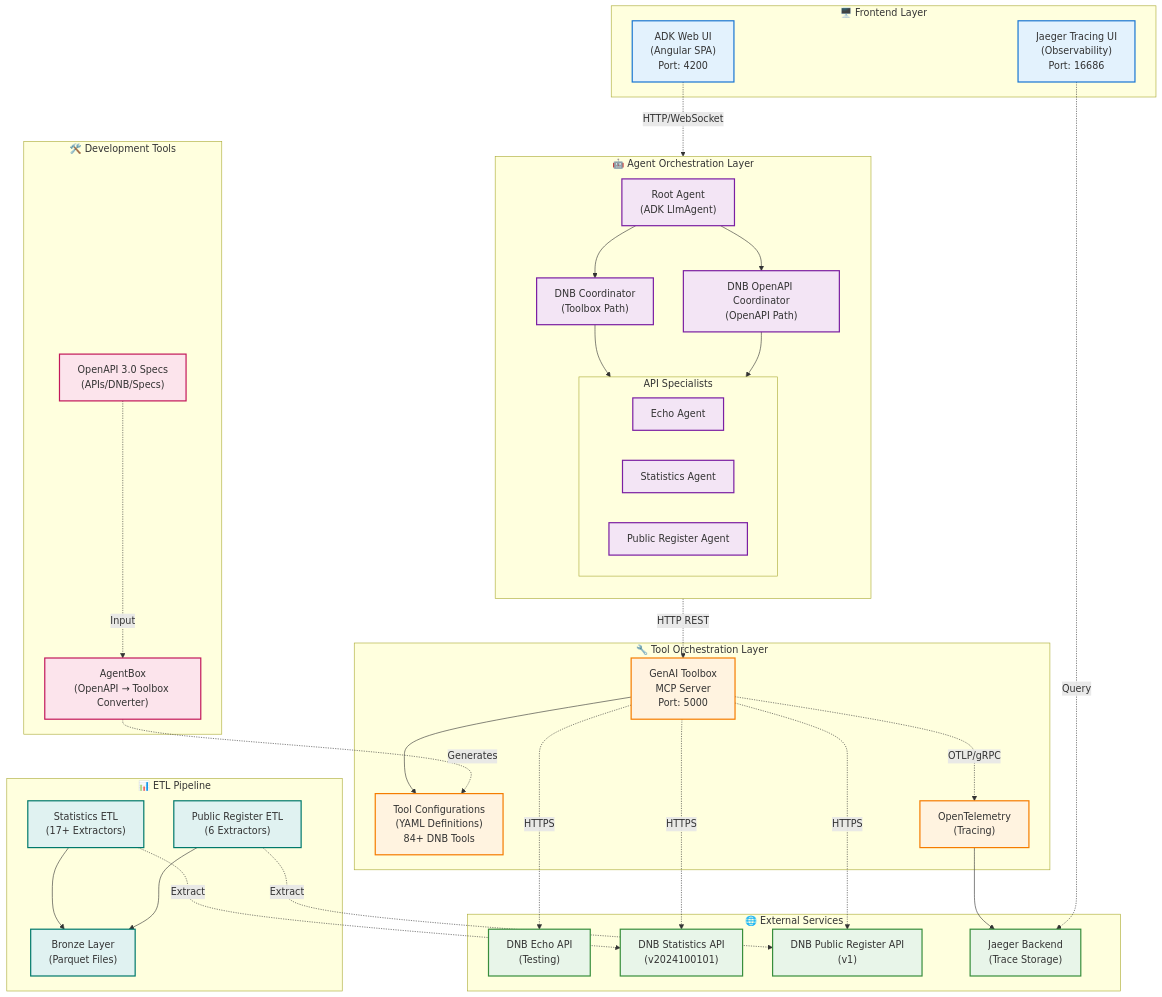
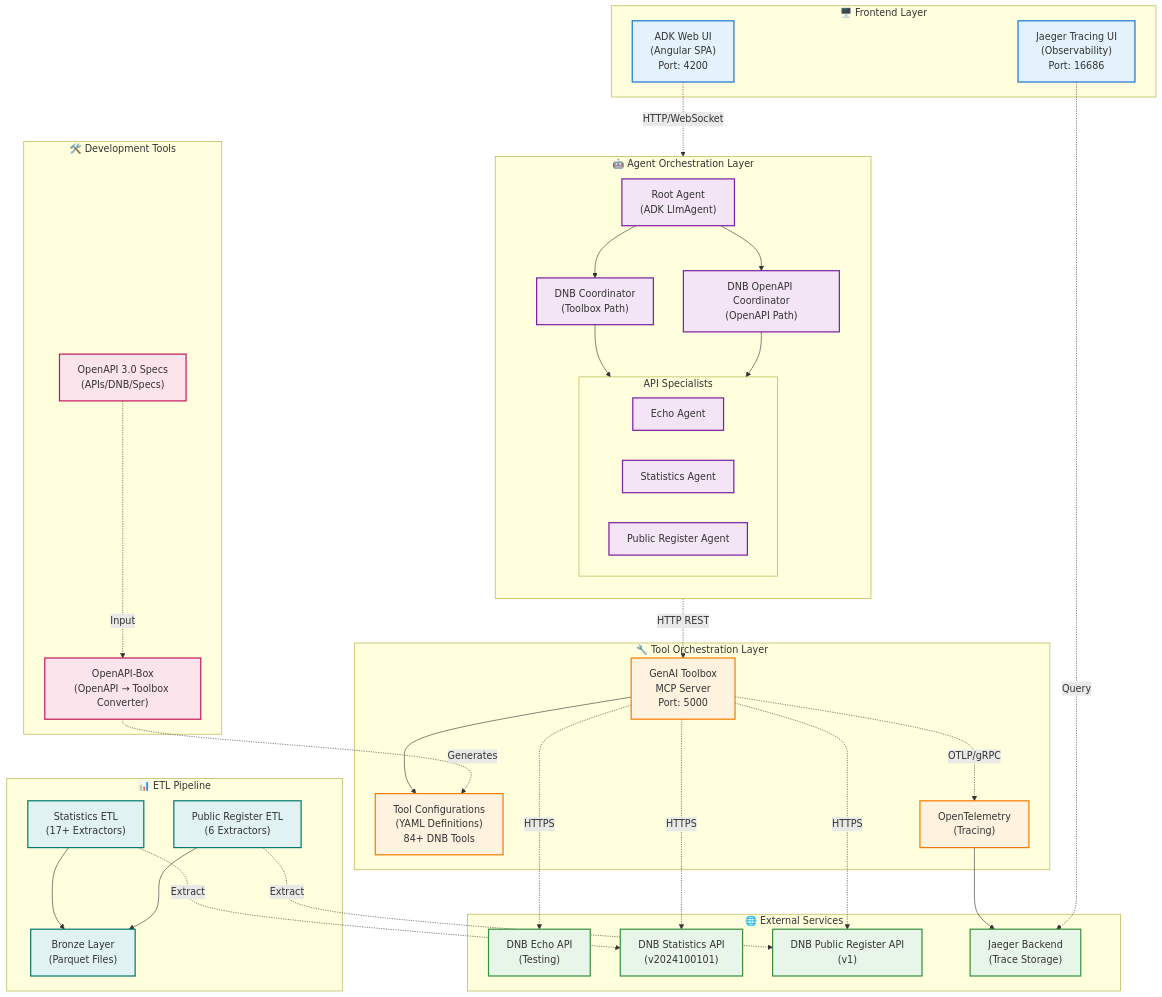
Before and after one commit to Px8Studio/adk-python: the first of 13 diagrams in backend/ARCHITECTURE_MERMAID.md, drawn with Mermaid. The commit also changed other lines of this file and 4 other files, not shown here.

Commit message:
feat: Update documentation for multi-agent system and OpenAPI conversion tools

````diff
--- a/backend/ARCHITECTURE_MERMAID.md
+++ b/backend/ARCHITECTURE_MERMAID.md
@@ -24,81 +24,81 @@
 ```mermaid
 graph TB
     subgraph Frontend["🖥️ Frontend Layer"]
         ADK_UI["ADK Web UI<br/>(Angular SPA)<br/>Port: 4200"]
         Jaeger_UI["Jaeger Tracing UI<br/>(Observability)<br/>Port: 16686"]
     end
 
     subgraph Agents["🤖 Agent Orchestration Layer"]
         direction TB
         Root["Root Agent<br/>(ADK LlmAgent)"]
         DNB_Coord["DNB Coordinator<br/>(Toolbox Path)"]
         DNB_OpenAPI_Coord["DNB OpenAPI Coordinator<br/>(OpenAPI Path)"]
         
         subgraph API_Agents["API Specialists"]
             Echo["Echo Agent"]
             Stats["Statistics Agent"]
             PR["Public Register Agent"]
         end
     end
 
     subgraph Tools["🔧 Tool Orchestration Layer"]
         Toolbox["GenAI Toolbox<br/>MCP Server<br/>Port: 5000"]
         ToolConfig["Tool Configurations<br/>(YAML Definitions)<br/>84+ DNB Tools"]
         OTel["OpenTelemetry<br/>(Tracing)"]
     end
 
     subgraph External["🌐 External Services"]
         DNB_Echo["DNB Echo API<br/>(Testing)"]
         DNB_Stats["DNB Statistics API<br/>(v2024100101)"]
         DNB_PR["DNB Public Register API<br/>(v1)"]
         Jaeger["Jaeger Backend<br/>(Trace Storage)"]
     end
 
     subgraph Build["🛠️ Development Tools"]
-        AgentBox["AgentBox<br/>(OpenAPI → Toolbox Converter)"]
+        OpenAPIBox["OpenAPI-Box<br/>(OpenAPI → Toolbox Converter)"]
         OpenAPI_Specs["OpenAPI 3.0 Specs<br/>(APIs/DNB/Specs)"]
     end
 
     subgraph ETL["📊 ETL Pipeline"]
         Stats_ETL["Statistics ETL<br/>(17+ Extractors)"]
         PR_ETL["Public Register ETL<br/>(6 Extractors)"]
         Bronze["Bronze Layer<br/>(Parquet Files)"]
     end
 
     %% Connections
     ADK_UI -.HTTP/WebSocket.-> Root
     Root --> DNB_Coord
     Root --> DNB_OpenAPI_Coord
     DNB_Coord --> API_Agents
     DNB_OpenAPI_Coord --> API_Agents
     API_Agents -.HTTP REST.-> Toolbox
     Toolbox --> ToolConfig
     Toolbox -.HTTPS.-> DNB_Echo
     Toolbox -.HTTPS.-> DNB_Stats
     Toolbox -.HTTPS.-> DNB_PR
     Toolbox -.OTLP/gRPC.-> OTel
     OTel --> Jaeger
     Jaeger_UI -.Query.-> Jaeger
     
-    AgentBox -.Generates.-> ToolConfig
-    OpenAPI_Specs -.Input.-> AgentBox
+    OpenAPIBox -.Generates.-> ToolConfig
+    OpenAPI_Specs -.Input.-> OpenAPIBox
     
     Stats_ETL -.Extract.-> DNB_Stats
     PR_ETL -.Extract.-> DNB_PR
     Stats_ETL --> Bronze
     PR_ETL --> Bronze
 
     classDef frontend fill:#e3f2fd,stroke:#1976d2,stroke-width:2px
     classDef agent fill:#f3e5f5,stroke:#7b1fa2,stroke-width:2px
     classDef tool fill:#fff3e0,stroke:#f57c00,stroke-width:2px
     classDef external fill:#e8f5e9,stroke:#388e3c,stroke-width:2px
     classDef build fill:#fce4ec,stroke:#c2185b,stroke-width:2px
     classDef etl fill:#e0f2f1,stroke:#00796b,stroke-width:2px
 
     class ADK_UI,Jaeger_UI frontend
     class Root,DNB_Coord,DNB_OpenAPI_Coord,Echo,Stats,PR agent
     class Toolbox,ToolConfig,OTel tool
     class DNB_Echo,DNB_Stats,DNB_PR,Jaeger external
-    class AgentBox,OpenAPI_Specs build
+    class OpenAPIBox,OpenAPI_Specs build
     class Stats_ETL,PR_ETL,Bronze etl
 ```
````
